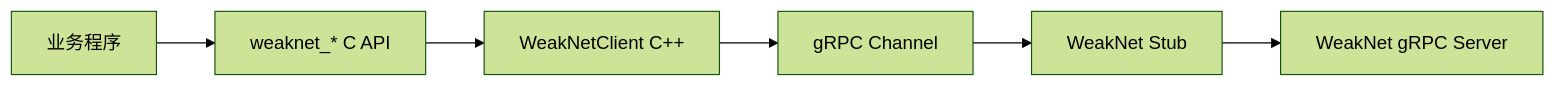
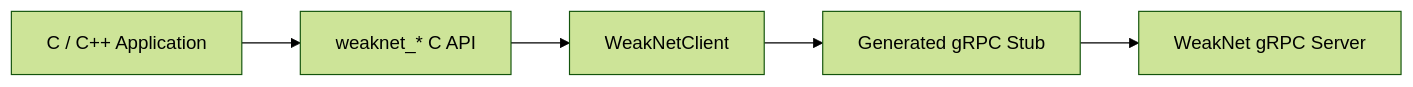
One commit to God1007/JaNet changed the tenth of 15 diagrams in docs/network-diagnostics-engineering-architecture-review.md. Above: the diagram before and after it, drawn with Mermaid (forest theme). The commit also changed other lines of this file and 44 other files, not shown here.

````diff
--- a/docs/network-diagnostics-engineering-architecture-review.md
+++ b/docs/network-diagnostics-engineering-architecture-review.md
@@ -1051,8 +454,7 @@
 ```mermaid
 flowchart LR
-    A["业务程序"] --> B["weaknet_* C API"]
-    B --> C["WeakNetClient C++"]
-    C --> D["gRPC Channel"]
-    D --> E["WeakNet Stub"]
-    E --> F["WeakNet gRPC Server"]
+    App["C / C++ Application"] --> API["weaknet_* C API"]
+    API --> Client["WeakNetClient"]
+    Client --> Stub["Generated gRPC Stub"]
+    Stub --> Server["WeakNet gRPC Server"]
 ```
````
